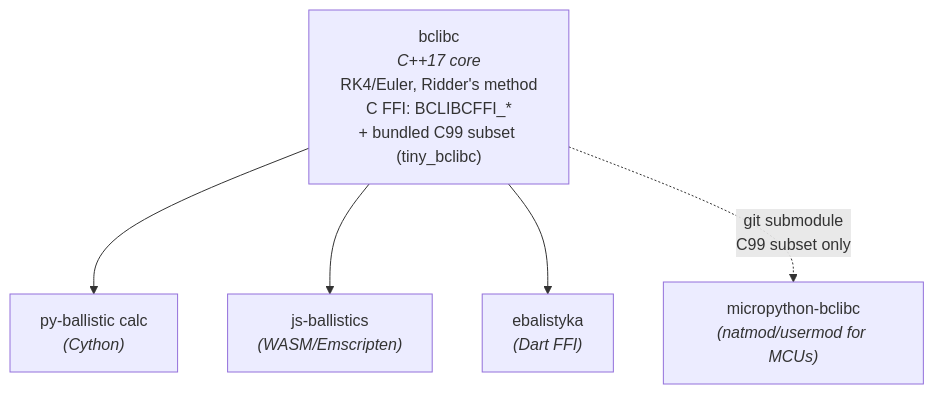
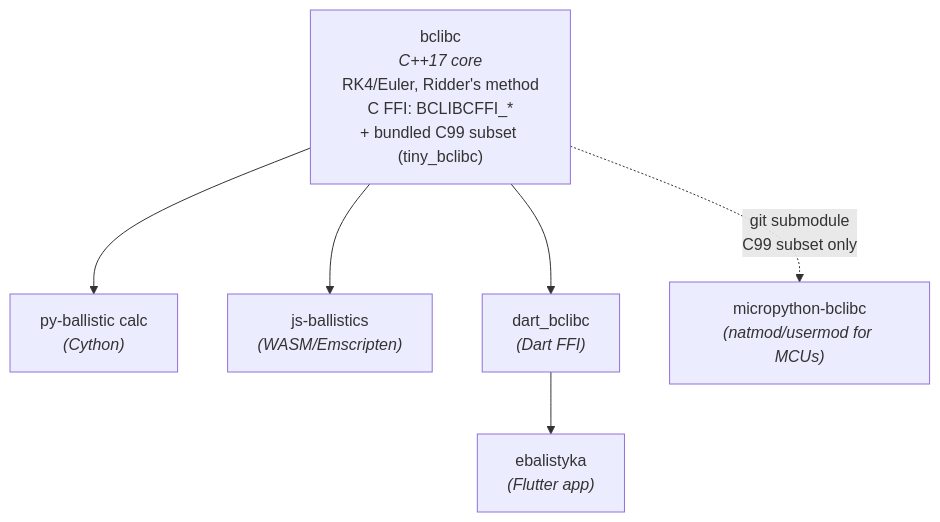
Before and after one commit to ballistics-lab/.github: the diagram in profile/README.md, drawn with Mermaid. The commit also changed other lines of this file, not shown here.

First line of the commit message:
Revise README to include dart_bclibc details

````diff
--- a/profile/README.md
+++ b/profile/README.md
@@ -23,9 +23,10 @@
 ```mermaid
 flowchart TD
     A["bclibc<br><i>C++17 core</i><br>RK4/Euler, Ridder's method<br>C FFI: BCLIBCFFI_*<br>+ bundled C99 subset (tiny_bclibc)"]
     
     A --> B["py-ballistic calc<br><i>(Cython)</i>"]
     A --> C["js-ballistics<br><i>(WASM/Emscripten)</i>"]
-    A --> D["ebalistyka<br><i>(Dart FFI)</i>"]
+    A --> D["dart_bclibc<br><i>(Dart FFI)</i>"]
     A -.->|"git submodule<br>C99 subset only"| E["micropython-bclibc<br><i>(natmod/usermod for MCUs)</i>"]
+    D --> F["ebalistyka<br><i>(Flutter app)</i>"]
 ```
````
